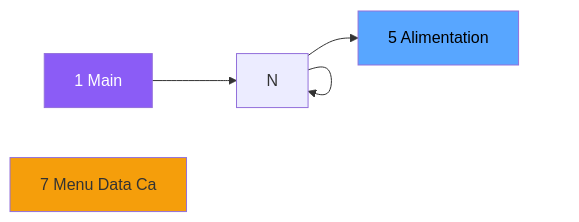
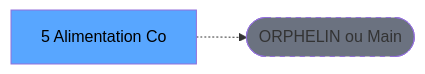
Before and after one commit to thonyAGP/lecteur-magic: the second of 3 diagrams in .openspec/renders/ADH-IDE-5.md, drawn with Mermaid. The commit also changed other lines of this file and 701 other files, not shown here.

````diff
--- a/.openspec/renders/ADH-IDE-5.md
+++ b/.openspec/renders/ADH-IDE-5.md
@@ -106,13 +117,8 @@
 ```mermaid
 graph LR
-    M[1 Main]
-    N7[7 Menu Data Ca]
-    T[5 Alimentation]
-    M --> N
-    N --> N
-    N --> N
-    N --> T
-    style M fill:#8b5cf6,color:#fff
-    style N7 fill:#f59e0b
+    T[5 Alimentation Co]
+    ORPHAN([ORPHELIN ou Main])
+    T -.-> ORPHAN
     style T fill:#58a6ff,color:#000
+    style ORPHAN fill:#6b7280,stroke-dasharray: 5 5
 ```
````
